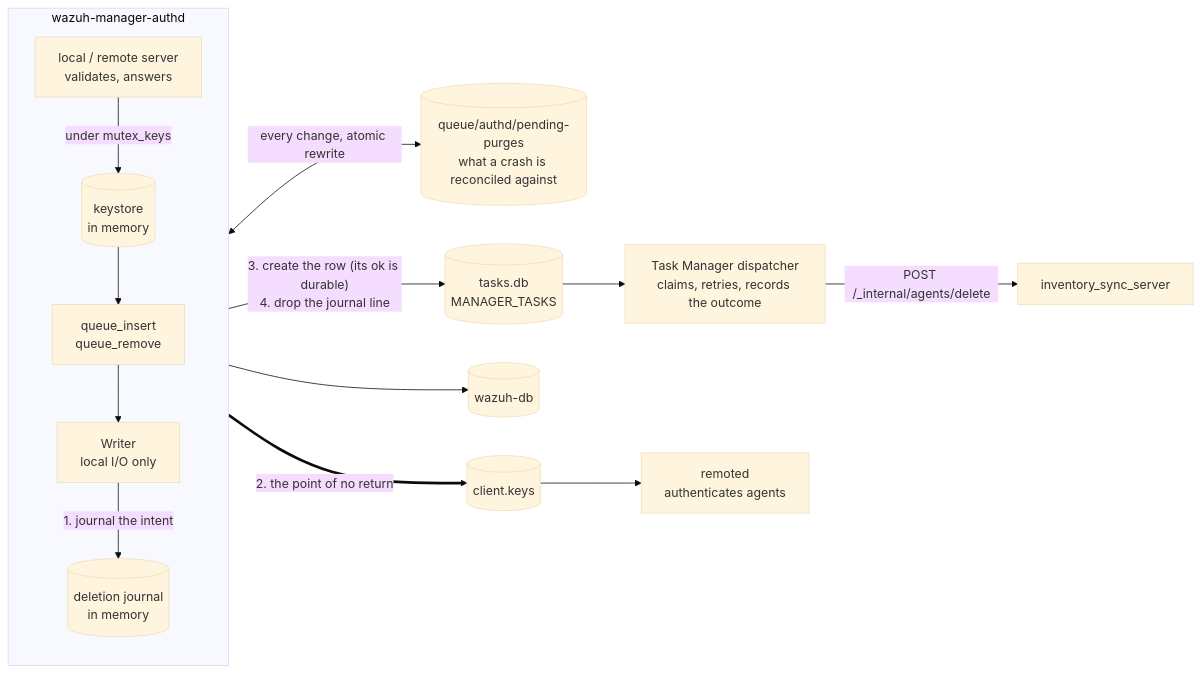
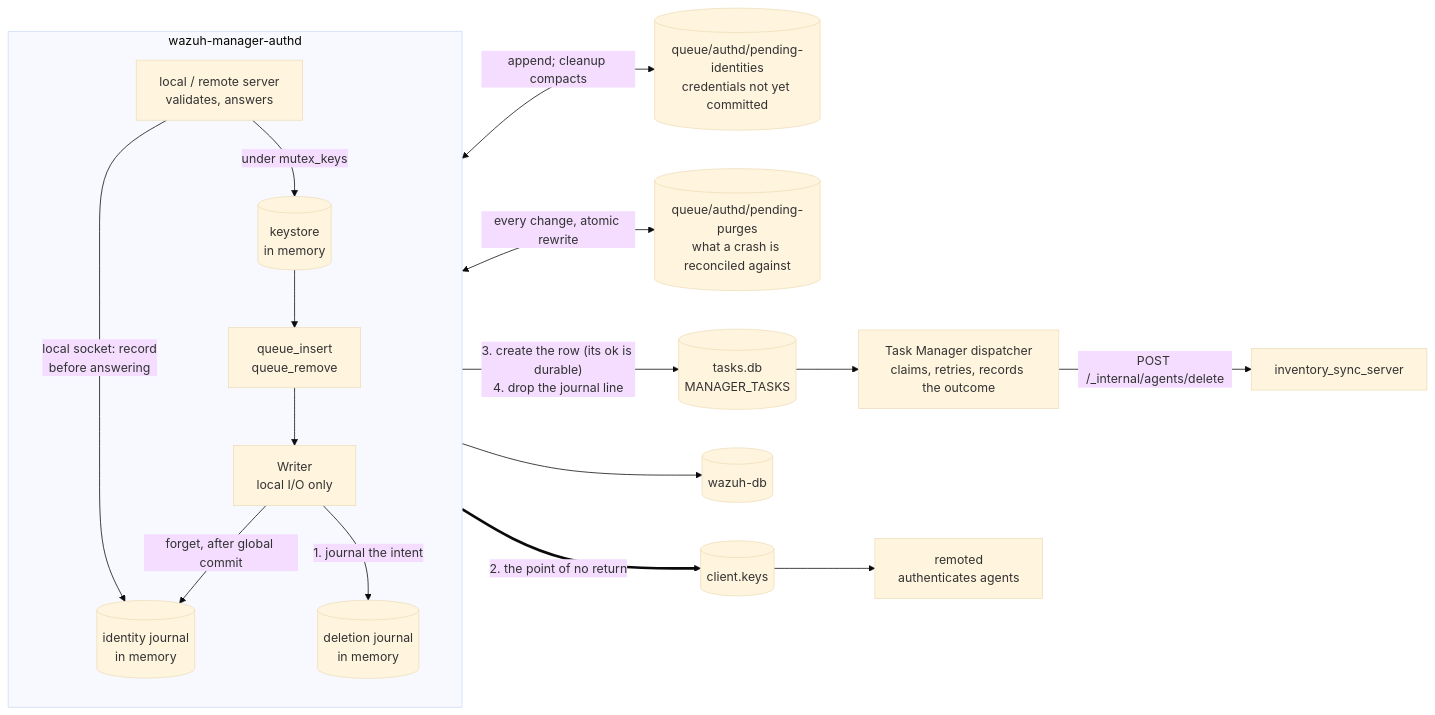
One commit to wazuh/wazuh changed the first of 2 diagrams in src/os_auth/README.md. Above: the diagram before and after it, drawn with Mermaid (base theme). The commit also changed other lines of this file and 2 other files, not shown here.

````diff
--- a/src/os_auth/README.md
+++ b/src/os_auth/README.md
@@ -126,17 +133,20 @@
 ```mermaid
 flowchart LR
     subgraph AUTHD["wazuh-manager-authd"]
         direction TB
         SRV["local / remote server\nvalidates, answers"] -->|"under mutex_keys"| KS[(keystore\nin memory)]
+        SRV -->|"local socket: record\nbefore answering"| IJ[(identity journal\nin memory)]
         KS --> QR["queue_insert\nqueue_remove"]
         QR --> WR["Writer\nlocal I/O only"]
         WR -->|"1. journal the intent"| PJ[(deletion journal\nin memory)]
+        WR -->|"forget, after global commit"| IJ
     end
+    IJ <-->|"append; cleanup compacts"| IF[(queue/authd/pending-identities\ncredentials not yet committed)]
     PJ <-->|"every change, atomic rewrite"| PF[(queue/authd/pending-purges\nwhat a crash is reconciled against)]
     WR ==>|"2. the point of no return"| CK[(client.keys)]
     WR --> WDB[(wazuh-db)]
     WR -->|"3. create the row (its ok is durable)\n4. drop the journal line"| MT[(tasks.db\nMANAGER_TASKS)]
     MT --> DISP["Task Manager dispatcher\nclaims, retries, records the outcome"]
     DISP -->|"POST /_internal/agents/delete"| ISS["inventory_sync_server"]
     CK --> REM["remoted\nauthenticates agents"]
 ```
````
